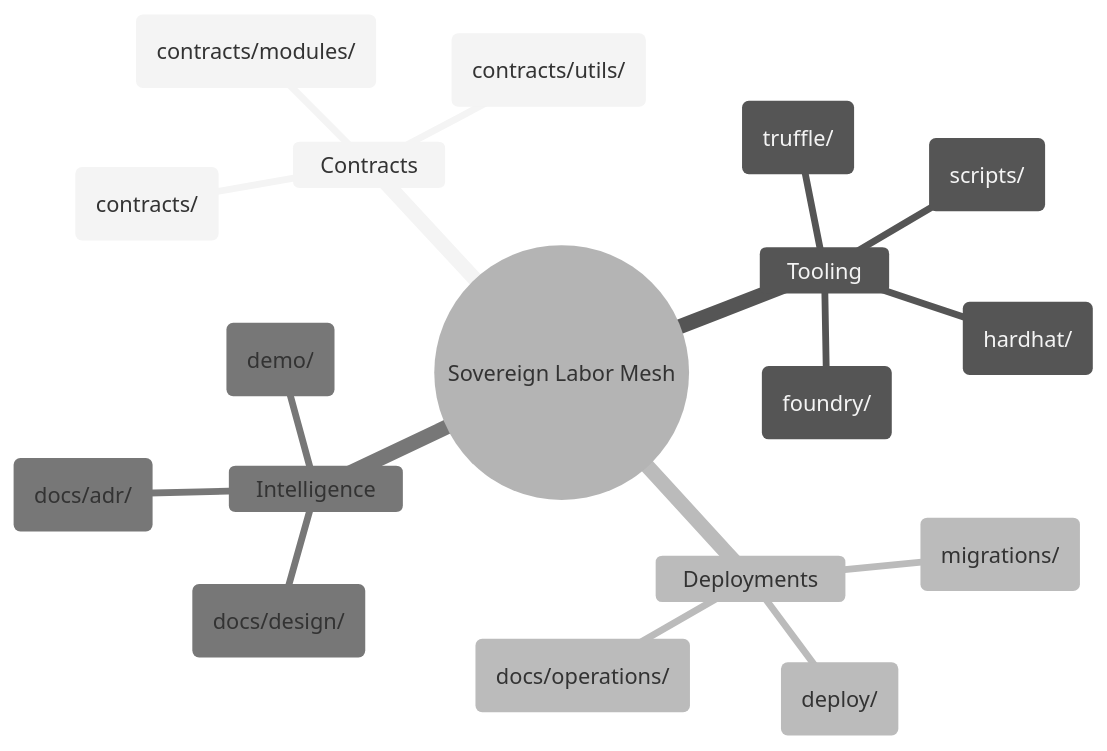
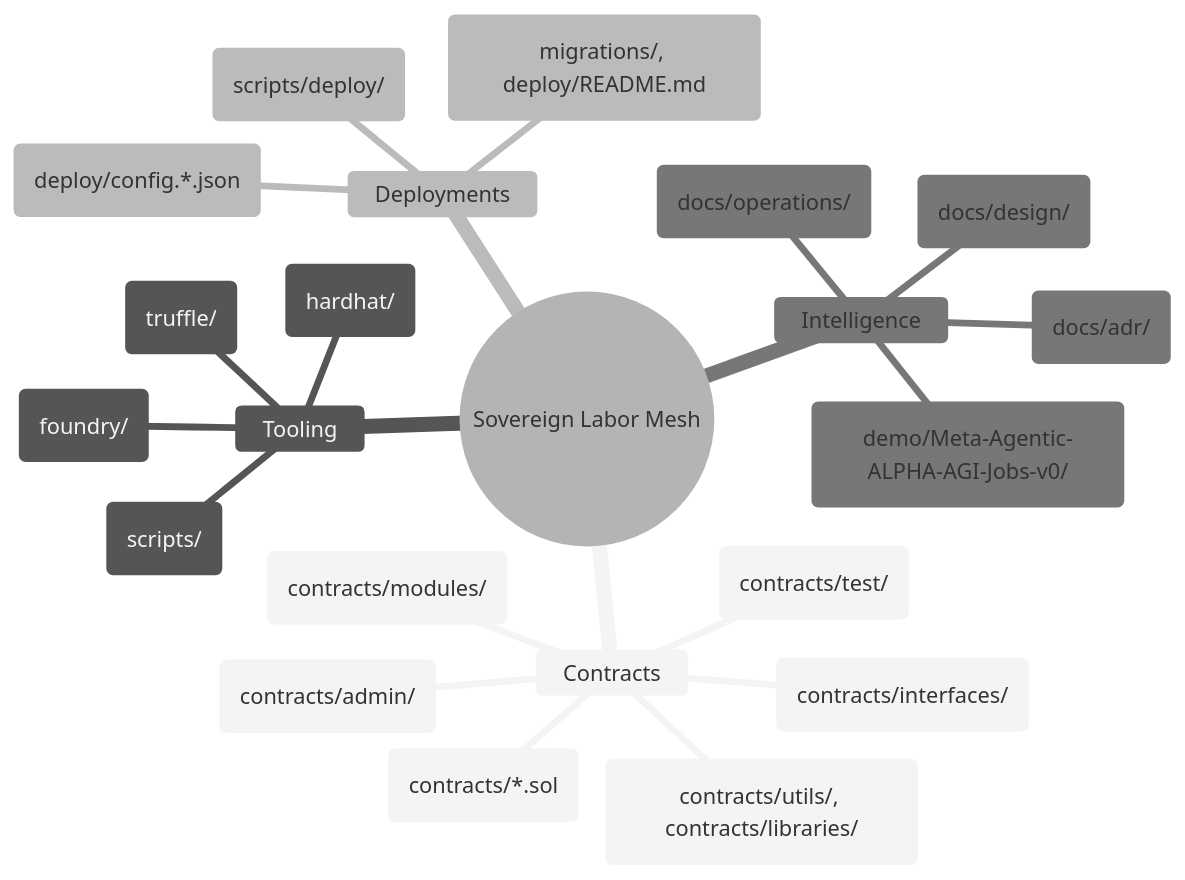
One commit to MontrealAI/agijobs-sovereign-labor-v0p1 changed the second of 5 diagrams in README.md. Above: the diagram before and after it, drawn with Mermaid (neutral theme). The commit also changed other lines of this file, not shown here.

Commit message:
Refresh README with updated architecture and CI guidance

````diff
--- a/README.md
+++ b/README.md
@@ -92,21 +91,25 @@
 ```mermaid
 mindmap
   root((Sovereign Labor Mesh))
     Contracts
-      Core(contracts/)
+      Core(contracts/*.sol)
       Modules(contracts/modules/)
-      Utils(contracts/utils/)
+      Admin(contracts/admin/)
+      Utilities(contracts/utils/, contracts/libraries/)
+      Interfaces(contracts/interfaces/)
+      Tests(contracts/test/)
     Tooling
       Truffle(truffle/)
       Hardhat(hardhat/)
       Foundry(foundry/)
       Scripts(scripts/)
     Deployments
-      Migrations(migrations/)
-      Manifests(deploy/)
-      Operations(docs/operations/)
+      Config(deploy/config.*.json)
+      Manifests(migrations/, deploy/README.md)
+      Automation(scripts/deploy/)
     Intelligence
       Design(docs/design/)
       ADRs(docs/adr/)
-      Demo(demo/)
+      Operations(docs/operations/)
+      Demo(demo/Meta-Agentic-ALPHA-AGI-Jobs-v0/)
 ```
````
